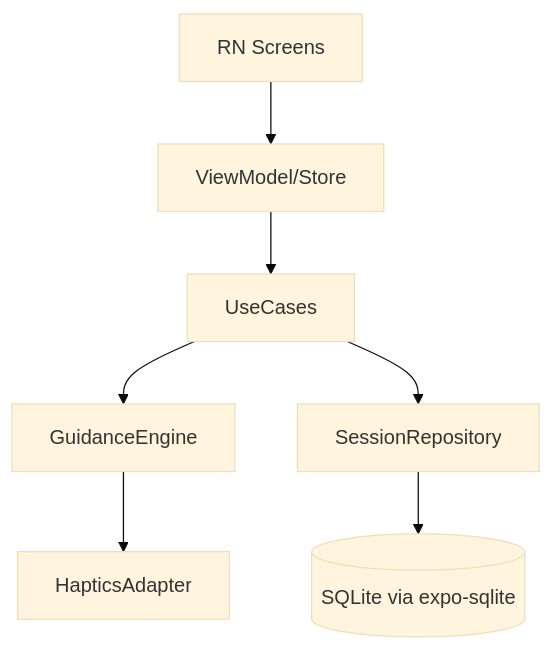
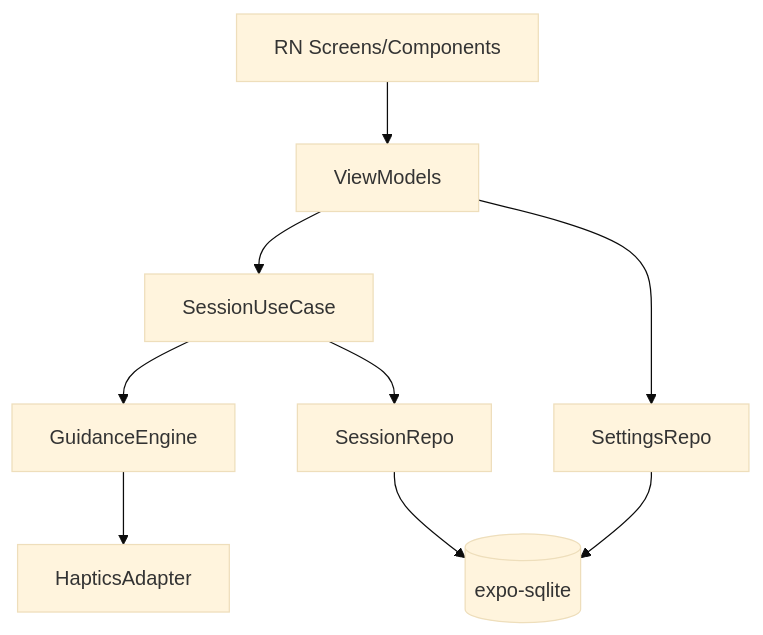
The first of 2 diagrams in .kiro/specs/calm-heart-rate-app/design.md (n4cl/CalmVibe), drawn with Mermaid (base theme) before and after one commit. The commit also changed other lines of this file and 3 other files, not shown here.

````diff
--- a/.kiro/specs/calm-heart-rate-app/design.md
+++ b/.kiro/specs/calm-heart-rate-app/design.md
@@ -22,9 +21,11 @@
 ```mermaid
 graph TB
-    UI[RN Screens] --> VM[ViewModel/Store]
-    VM --> UC[UseCases]
-    UC --> GE[GuidanceEngine]
-    UC --> SR[SessionRepository]
-    GE --> HA[HapticsAdapter]
-    SR --> DB[(SQLite via expo-sqlite)]
+  UI[RN Screens/Components] --> VM[ViewModels]
+  VM --> UC[SessionUseCase]
+  VM --> SettingsRepo
+  UC --> GE[GuidanceEngine]
+  UC --> SessionRepo
+  GE --> HapticsAdapter
+  SettingsRepo --> SQLite[(expo-sqlite)]
+  SessionRepo --> SQLite
 ```
````
